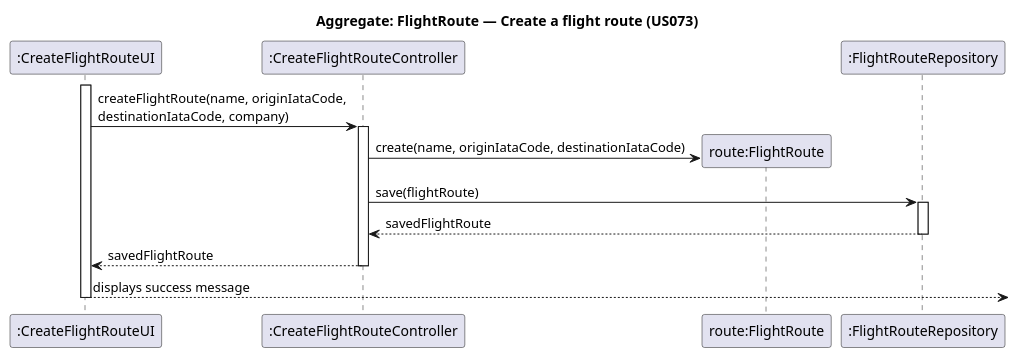
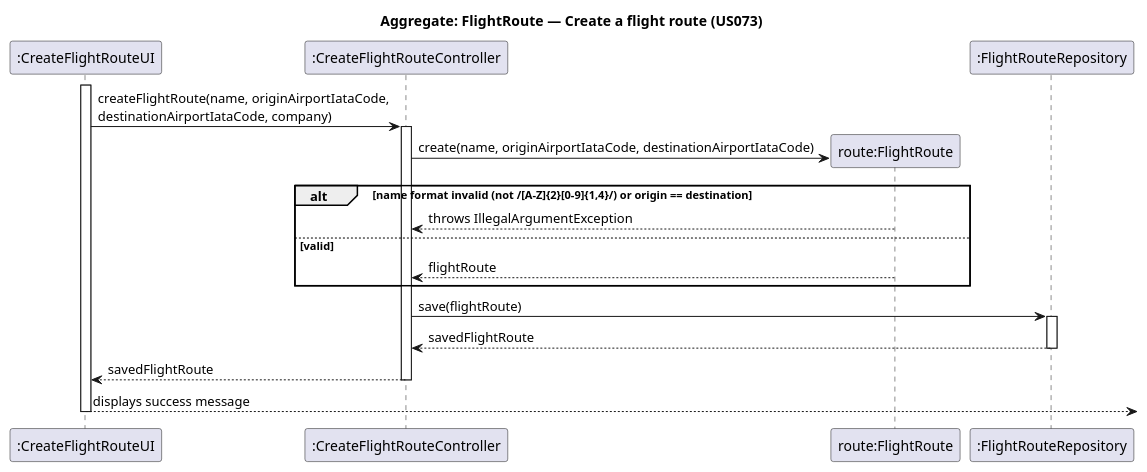
One commit to brunodspinto/aisafe changed the diagram in aisafe.base/docs/user-stories/US011/aggregate-3_11/aggregate-3_11.puml. Above: the diagram before and after it, drawn with PlantUML. The commit also changed 7 other files, not shown here.

Commit message:
Update sequence diagrams and documentation for FlightRoute and AirTransportCompany aggregates; rename IATA code references and introduce FlightExecutionStatus value object, #8

```diff
--- a/aisafe.base/docs/user-stories/US011/aggregate-3_11/aggregate-3_11.puml
+++ b/aisafe.base/docs/user-stories/US011/aggregate-3_11/aggregate-3_11.puml
@@ -1,23 +1,29 @@
 @startuml aggregate-3_11
 skinparam shadowing false
 title Aggregate: FlightRoute — Create a flight route (US073)
 
 participant ":CreateFlightRouteUI" as UI
 participant ":CreateFlightRouteController" as CTRL
 participant "route:FlightRoute" as DOMAIN
 participant ":FlightRouteRepository" as REPO
 
 activate UI
-UI -> CTRL : createFlightRoute(name, originIataCode,\ndestinationIataCode, company)
+UI -> CTRL : createFlightRoute(name, originAirportIataCode,\ndestinationAirportIataCode, company)
 activate CTRL
-CTRL -> DOMAIN** : create(name, originIataCode, destinationIataCode)
+CTRL -> DOMAIN** : create(name, originAirportIataCode, destinationAirportIataCode)
+
+alt name format invalid (not /[A-Z]{2}[0-9]{1,4}/) or origin == destination
+    DOMAIN --> CTRL : throws IllegalArgumentException
+else valid
+    DOMAIN --> CTRL : flightRoute
+end
 
 CTRL -> REPO : save(flightRoute)
 activate REPO
 REPO --> CTRL : savedFlightRoute
 deactivate REPO
 CTRL --> UI : savedFlightRoute
 deactivate CTRL
 UI --> : displays success message
 deactivate UI
 @enduml
```
